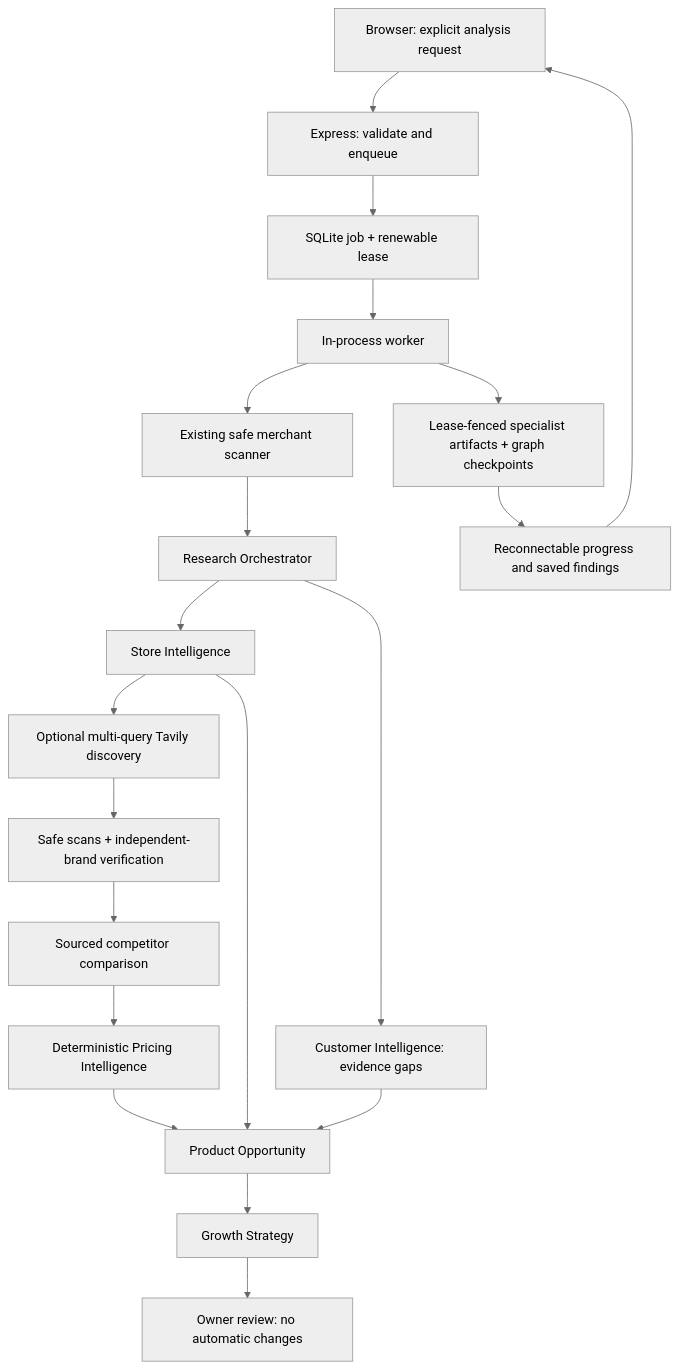
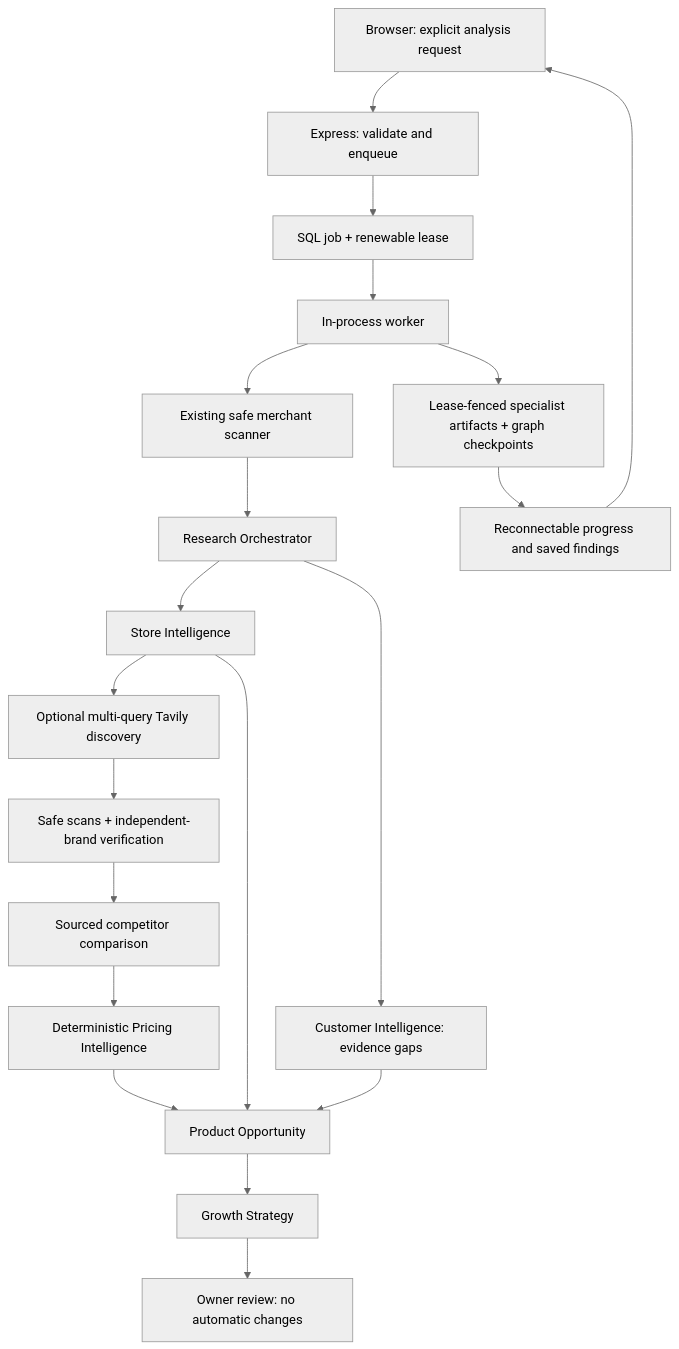
One commit to srushti-learner/GrowthPulse changed the diagram in README.md. Above: the diagram before and after it, drawn with Mermaid (neutral theme). The commit also changed other lines of this file and 42 other files, not shown here.

````diff
--- a/README.md
+++ b/README.md
@@ -541,22 +541,22 @@
 ```mermaid
 flowchart TD
     Browser["Browser: explicit analysis request"] --> API["Express: validate and enqueue"]
-    API --> Queue["SQLite job + renewable lease"]
+    API --> Queue["SQL job + renewable lease"]
     Queue --> Worker["In-process worker"]
     Worker --> Scan["Existing safe merchant scanner"]
     Scan --> Coordinate["Research Orchestrator"]
     Coordinate --> Store["Store Intelligence"]
     Store --> Discovery["Optional multi-query Tavily discovery"]
     Coordinate --> Customer["Customer Intelligence: evidence gaps"]
     Discovery --> Verify["Safe scans + independent-brand verification"]
     Verify --> Competitor["Sourced competitor comparison"]
     Competitor --> Pricing["Deterministic Pricing Intelligence"]
     Store --> Opportunity["Product Opportunity"]
     Customer --> Opportunity
     Pricing --> Opportunity
     Opportunity --> Growth["Growth Strategy"]
     Growth --> Review["Owner review: no automatic changes"]
     Worker --> Journal["Lease-fenced specialist artifacts + graph checkpoints"]
     Journal --> Progress["Reconnectable progress and saved findings"]
     Progress --> Browser
 ```
````
